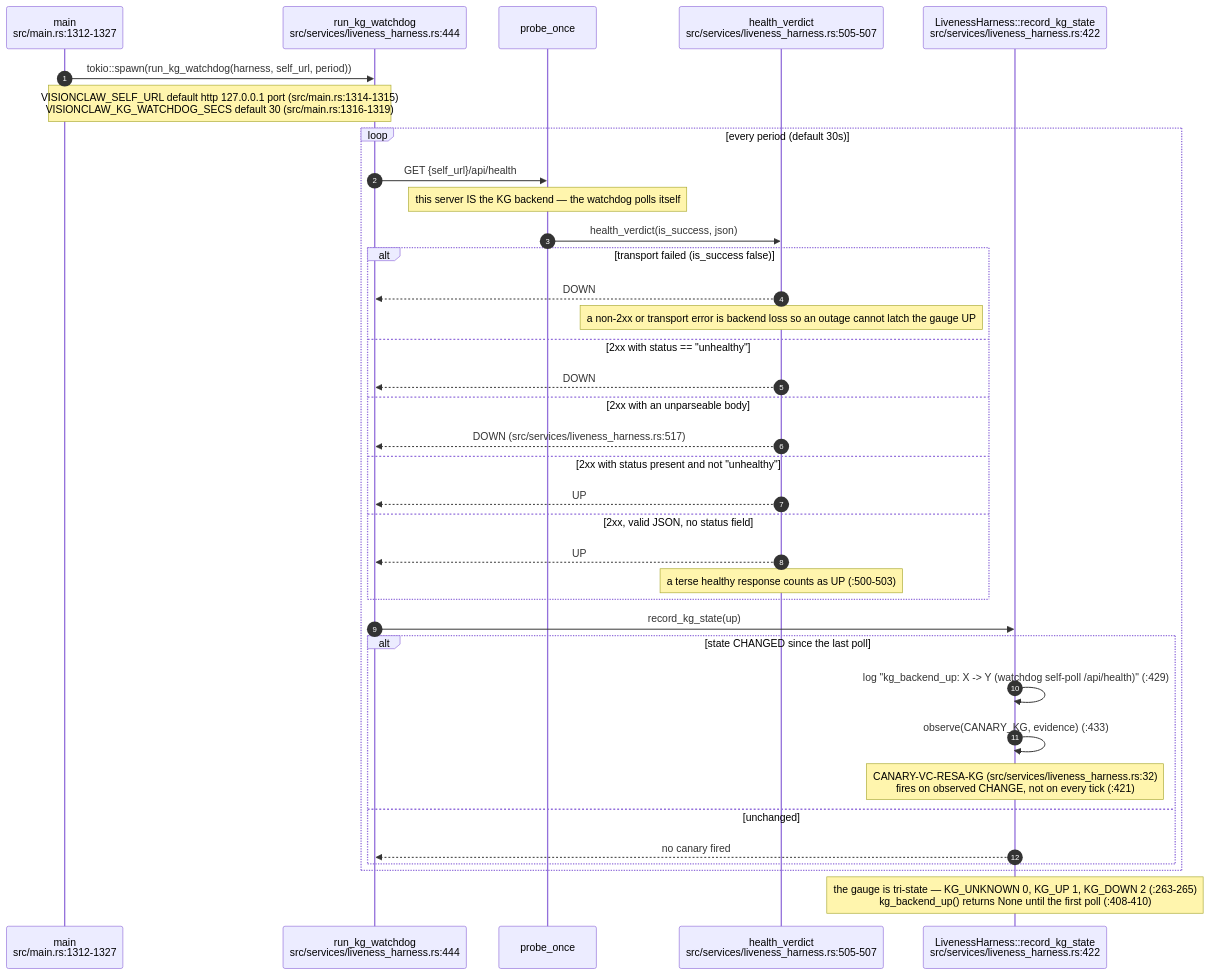
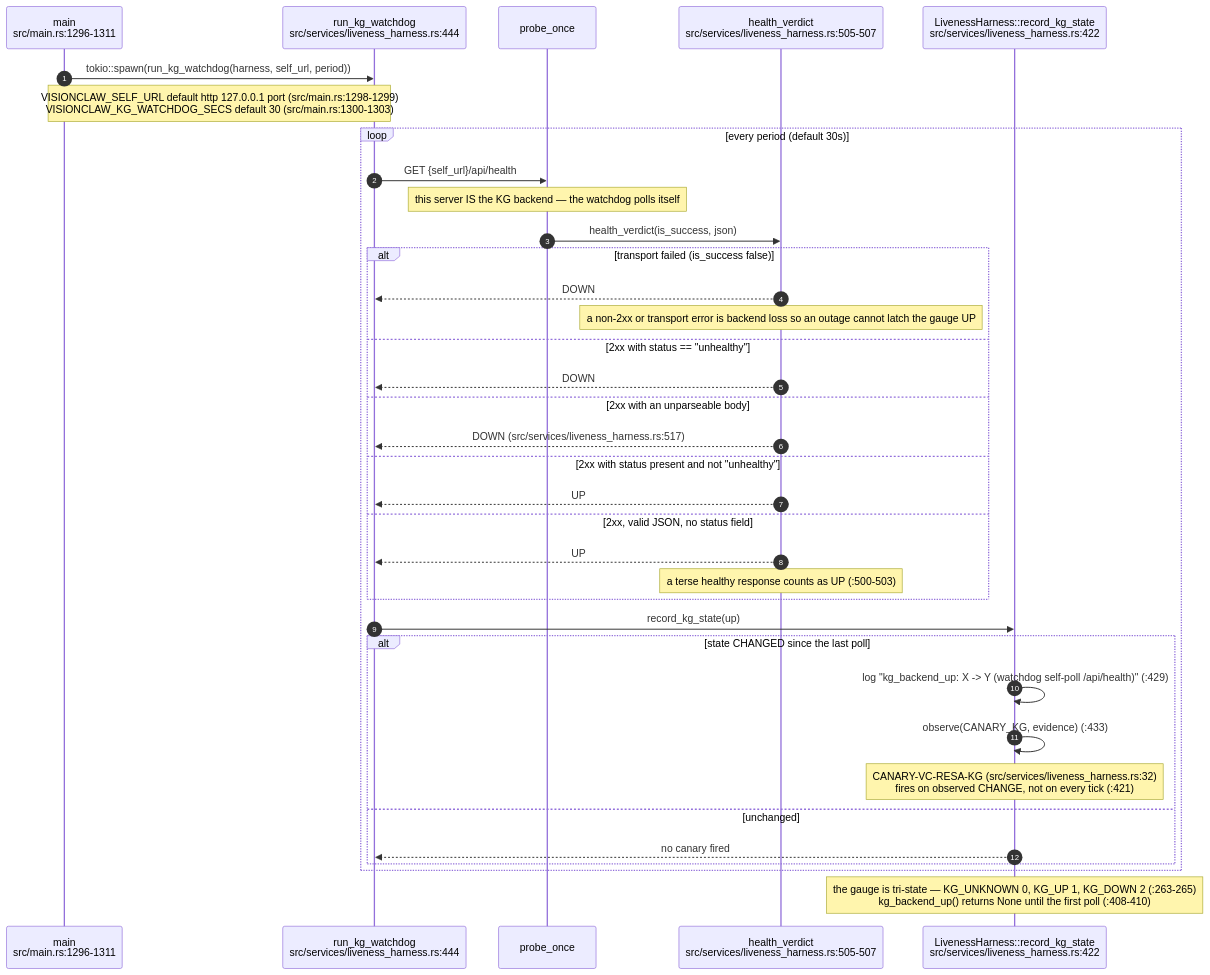
The second of 9 diagrams in docs/diagrams/visionclaw/08-observability-health-and-dev-loop.md (DreamLab-AI/VisionFlow), drawn with Mermaid before and after one commit. The commit also changed other lines of this file and 7 other files, not shown here.

````diff
--- a/docs/diagrams/visionclaw/08-observability-health-and-dev-loop.md
+++ b/docs/diagrams/visionclaw/08-observability-health-and-dev-loop.md
@@ -79,39 +79,39 @@
 ```mermaid
 sequenceDiagram
     autonumber
-    participant M as main<br/>src/main.rs:1312-1327
+    participant M as main<br/>src/main.rs:1296-1311
     participant W as run_kg_watchdog<br/>src/services/liveness_harness.rs:444
     participant P as probe_once
     participant V as health_verdict<br/>src/services/liveness_harness.rs:505-507
     participant H as LivenessHarness::record_kg_state<br/>src/services/liveness_harness.rs:422
 
     M->>W: tokio::spawn(run_kg_watchdog(harness, self_url, period))
-    Note over M,W: VISIONCLAW_SELF_URL default http 127.0.0.1 port (src/main.rs:1314-1315)<br/>VISIONCLAW_KG_WATCHDOG_SECS default 30 (src/main.rs:1316-1319)
+    Note over M,W: VISIONCLAW_SELF_URL default http 127.0.0.1 port (src/main.rs:1298-1299)<br/>VISIONCLAW_KG_WATCHDOG_SECS default 30 (src/main.rs:1300-1303)
     loop every period (default 30s)
         W->>P: GET {self_url}/api/health
         Note over P: this server IS the KG backend — the watchdog polls itself
         P->>V: health_verdict(is_success, json)
         alt transport failed (is_success false)
             V-->>W: DOWN
             Note over V: a non-2xx or transport error is backend loss so an outage cannot latch the gauge UP
         else 2xx with status == "unhealthy"
             V-->>W: DOWN
         else 2xx with an unparseable body
             V-->>W: DOWN (src/services/liveness_harness.rs:517)
         else 2xx with status present and not "unhealthy"
             V-->>W: UP
         else 2xx, valid JSON, no status field
             V-->>W: UP
             Note over V: a terse healthy response counts as UP (:500-503)
         end
         W->>H: record_kg_state(up)
         alt state CHANGED since the last poll
             H->>H: log "kg_backend_up: X -> Y (watchdog self-poll /api/health)" (:429)
             H->>H: observe(CANARY_KG, evidence) (:433)
             Note over H: CANARY-VC-RESA-KG (src/services/liveness_harness.rs:32)<br/>fires on observed CHANGE, not on every tick (:421)
         else unchanged
             H-->>W: no canary fired
         end
     end
     Note over H: the gauge is tri-state — KG_UNKNOWN 0, KG_UP 1, KG_DOWN 2 (:263-265)<br/>kg_backend_up() returns None until the first poll (:408-410)
 ```
````
